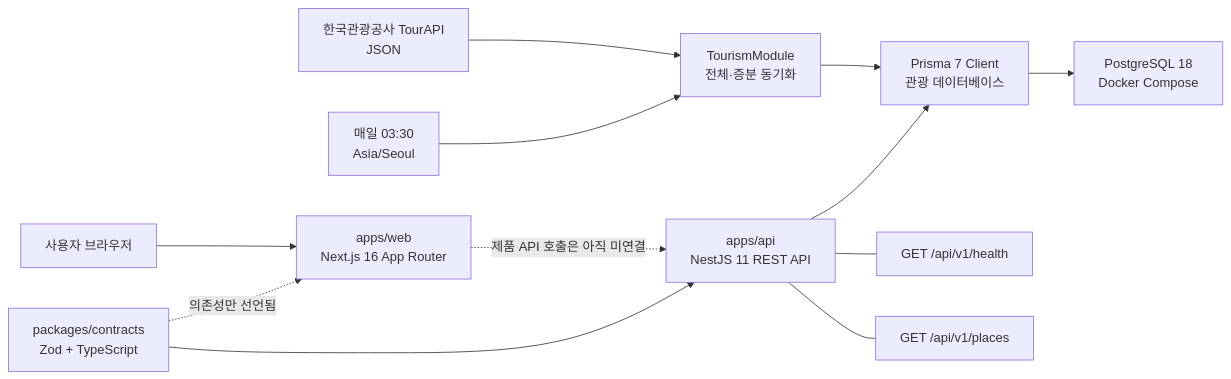
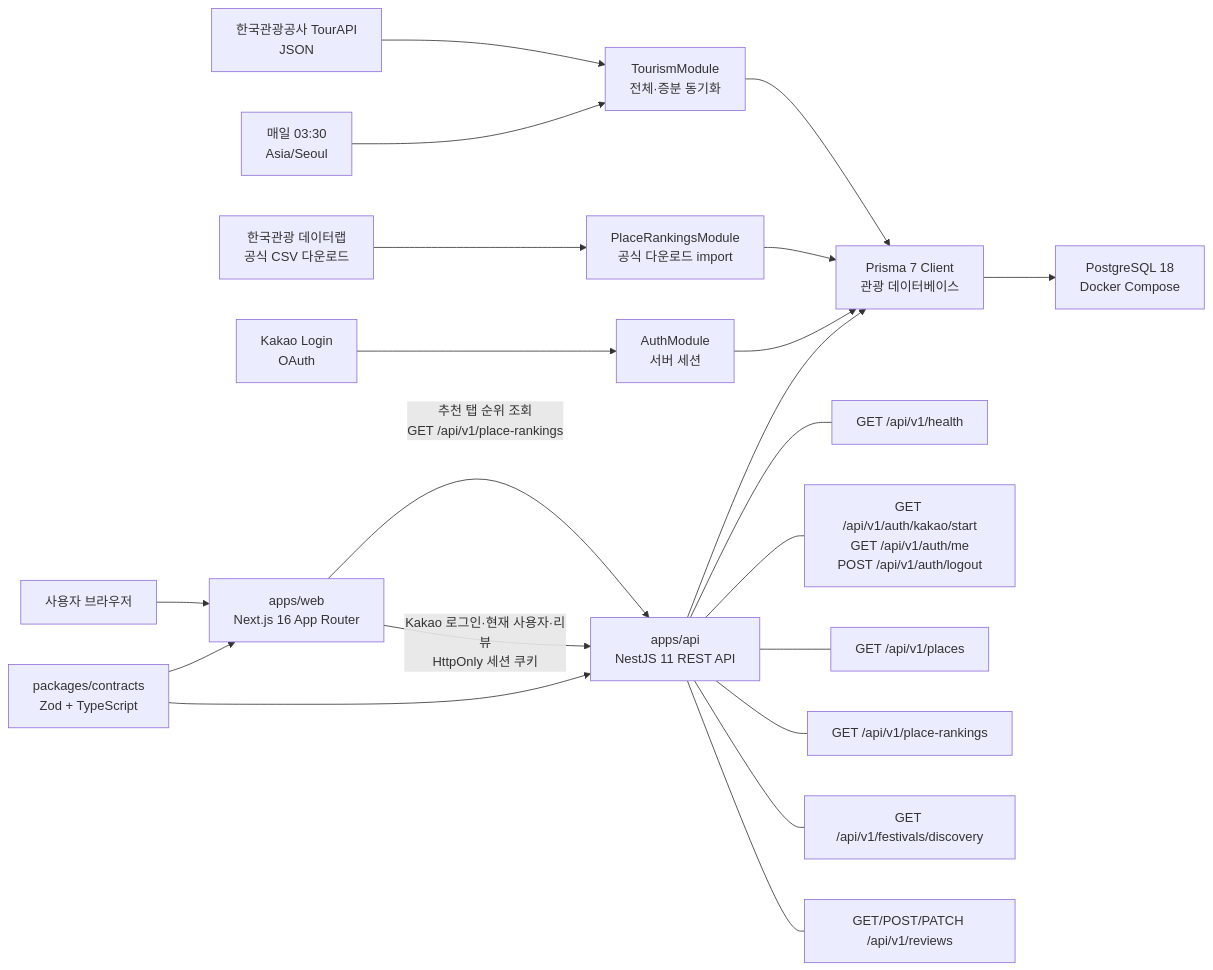
The first of 4 diagrams in ARCHITECTURE.md (suu1006/haetteum), drawn with Mermaid before and after one commit. The commit also changed other lines of this file and 43 other files, not shown here.

First line of the commit message:
feat(api,web): 관광지 상세 실데이터 및 주변 정보 연동

````diff
--- a/ARCHITECTURE.md
+++ b/ARCHITECTURE.md
@@ -51,18 +51,27 @@
 ```mermaid
 flowchart LR
     User["사용자 브라우저"] --> Web["apps/web<br/>Next.js 16 App Router"]
 
-    Web -. "제품 API 호출은 아직 미연결" .-> API["apps/api<br/>NestJS 11 REST API"]
+    Web -->|"추천 탭 순위 조회<br/>GET /api/v1/place-rankings"| API["apps/api<br/>NestJS 11 REST API"]
+    Web -->|"Kakao 로그인·현재 사용자·리뷰<br/>HttpOnly 세션 쿠키"| API
 
-    Contracts["packages/contracts<br/>Zod + TypeScript"] -. "의존성만 선언됨" .-> Web
+    Contracts["packages/contracts<br/>Zod + TypeScript"] --> Web
     Contracts --> API
 
     Provider["한국관광공사 TourAPI<br/>JSON"] --> Tourism["TourismModule<br/>전체·증분 동기화"]
+    DataLab["한국관광 데이터랩<br/>공식 CSV 다운로드"] --> Rankings["PlaceRankingsModule<br/>공식 다운로드 import"]
+    Kakao["Kakao Login<br/>OAuth"] --> Auth["AuthModule<br/>서버 세션"]
     Scheduler["매일 03:30<br/>Asia/Seoul"] --> Tourism
     Tourism --> Prisma["Prisma 7 Client<br/>관광 데이터베이스"]
+    Rankings --> Prisma
+    Auth --> Prisma
     API --> Prisma
     Prisma --> DB["PostgreSQL 18<br/>Docker Compose"]
 
     API --- Health["GET /api/v1/health"]
+    API --- AuthRoutes["GET /api/v1/auth/kakao/start<br/>GET /api/v1/auth/me<br/>POST /api/v1/auth/logout"]
     API --- Places["GET /api/v1/places"]
+    API --- PlaceRankings["GET /api/v1/place-rankings"]
+    API --- Festivals["GET /api/v1/festivals/discovery"]
+    API --- Reviews["GET/POST/PATCH /api/v1/reviews"]
 ```
````
